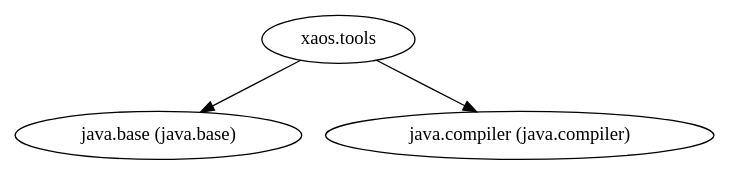
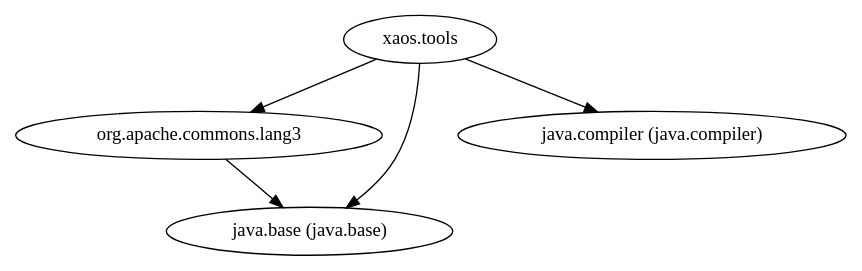
Before and after one commit to ESSICS/XAOS: the diagram in xaos.tools.module/doc/module-dependencies.dot, drawn with Graphviz. The commit also changed 24 other files, not shown here.

```diff
--- a/xaos.tools.module/doc/module-dependencies.dot
+++ b/xaos.tools.module/doc/module-dependencies.dot
@@ -1,4 +1,6 @@
 digraph "summary" {
+  "org.apache.commons.lang3"                         -> "java.base (java.base)";
   "xaos.tools"                                       -> "java.base (java.base)";
   "xaos.tools"                                       -> "java.compiler (java.compiler)";
+  "xaos.tools"                                       -> "org.apache.commons.lang3";
 }
```
